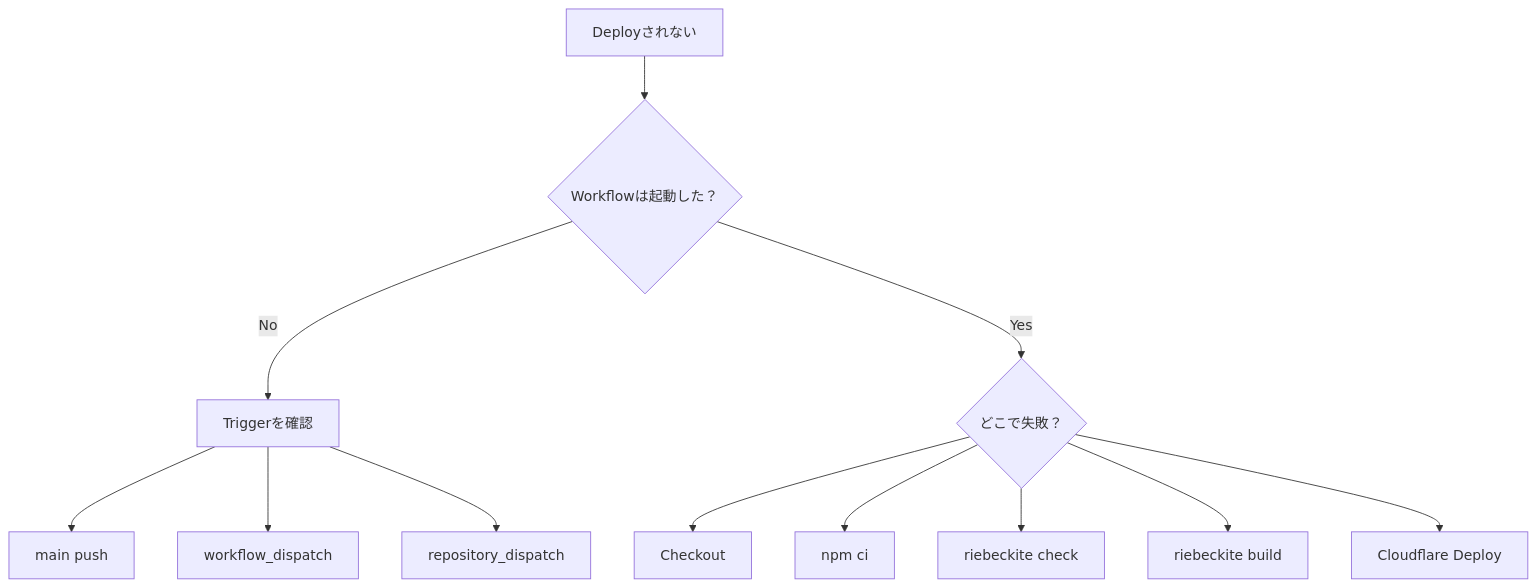
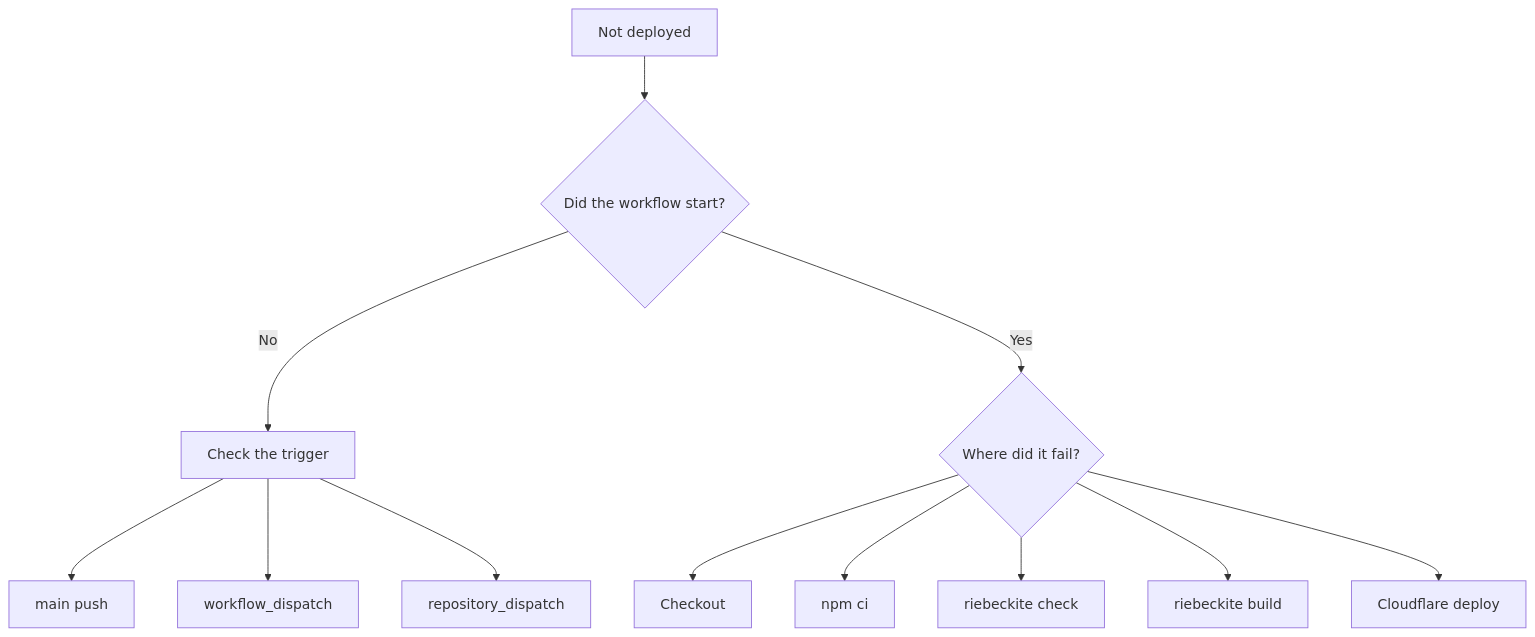
Diagram 11 of 11 in docs/docs/guides/deployment/github-actions.md (Rerurate514/riebeckite), drawn with Mermaid before and after one commit. The commit also changed other lines of this file and 604 other files, not shown here.

````diff
--- a/docs/docs/guides/deployment/github-actions.md
+++ b/docs/docs/guides/deployment/github-actions.md
@@ -708,19 +646,19 @@
-```mermaid id="o5l9js"
+```mermaid
 flowchart TD
-    Problem["Deployされない"]
+    Problem["Not deployed"]
 
-    Problem --> Started{"Workflowは起動した？"}
+    Problem --> Started{"Did the workflow start?"}
 
-    Started -->|"No"| Trigger["Triggerを確認"]
-    Started -->|"Yes"| Failed{"どこで失敗？"}
+    Started -->|"No"| Trigger["Check the trigger"]
+    Started -->|"Yes"| Failed{"Where did it fail?"}
 
     Trigger --> Push["main push"]
     Trigger --> Manual["workflow_dispatch"]
     Trigger --> Dispatch["repository_dispatch"]
 
     Failed --> Checkout["Checkout"]
     Failed --> Install["npm ci"]
     Failed --> Check["riebeckite check"]
     Failed --> Build["riebeckite build"]
-    Failed --> Deploy["Cloudflare Deploy"]
+    Failed --> Deploy["Cloudflare deploy"]
 ```
````
